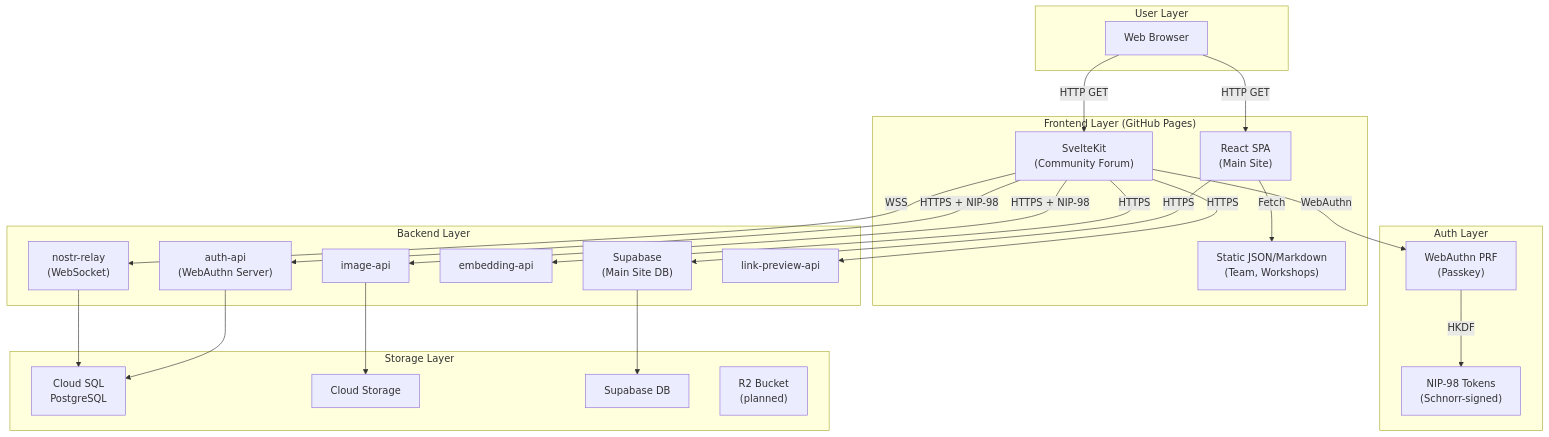
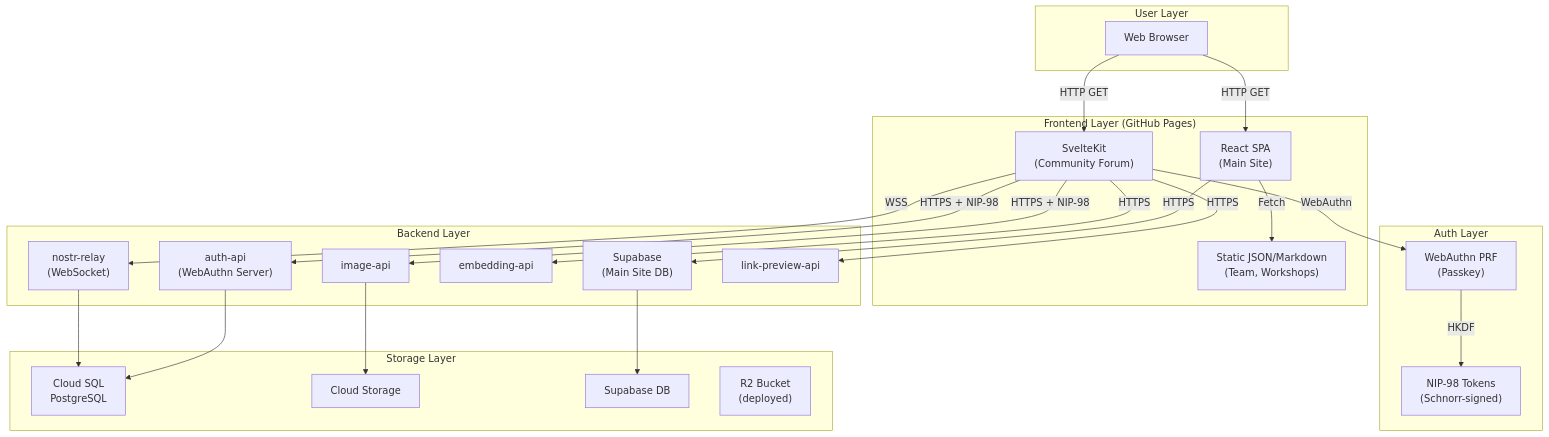
Before and after one commit to DreamLab-AI/dreamlab-ai-website: the first of 18 diagrams in docs/architecture/DATA_FLOW.md, drawn with Mermaid. The commit also changed 37 other files, not shown here.

````diff
--- a/docs/architecture/DATA_FLOW.md
+++ b/docs/architecture/DATA_FLOW.md
@@ -14,50 +14,50 @@
 ```mermaid
 flowchart TB
     subgraph User["User Layer"]
         Browser["Web Browser"]
     end
 
     subgraph Frontend["Frontend Layer (GitHub Pages)"]
         React["React SPA<br/>(Main Site)"]
         Svelte["SvelteKit<br/>(Community Forum)"]
         StaticData["Static JSON/Markdown<br/>(Team, Workshops)"]
     end
 
     subgraph Auth["Auth Layer"]
         WebAuthn["WebAuthn PRF<br/>(Passkey)"]
         NIP98["NIP-98 Tokens<br/>(Schnorr-signed)"]
     end
 
     subgraph Backend["Backend Layer"]
         Supabase["Supabase<br/>(Main Site DB)"]
         AuthAPI["auth-api<br/>(WebAuthn Server)"]
         Relay["nostr-relay<br/>(WebSocket)"]
         EmbedAPI["embedding-api"]
         ImageAPI["image-api"]
         LinkAPI["link-preview-api"]
     end
 
     subgraph Storage["Storage Layer"]
         CloudSQL["Cloud SQL<br/>PostgreSQL"]
         GCS["Cloud Storage"]
         SupabaseDB["Supabase DB"]
-        R2["R2 Bucket<br/>(planned)"]
+        R2["R2 Bucket<br/>(deployed)"]
     end
 
     Browser -->|HTTP GET| React
     Browser -->|HTTP GET| Svelte
     React -->|Fetch| StaticData
     React -->|HTTPS| Supabase
     Svelte -->|WebAuthn| WebAuthn
     WebAuthn -->|HKDF| NIP98
     Svelte -->|HTTPS + NIP-98| AuthAPI
     Svelte -->|WSS| Relay
     Svelte -->|HTTPS + NIP-98| ImageAPI
     Svelte -->|HTTPS| EmbedAPI
     Svelte -->|HTTPS| LinkAPI
 
     Supabase --> SupabaseDB
     AuthAPI --> CloudSQL
     Relay --> CloudSQL
     ImageAPI --> GCS
 ```
````
